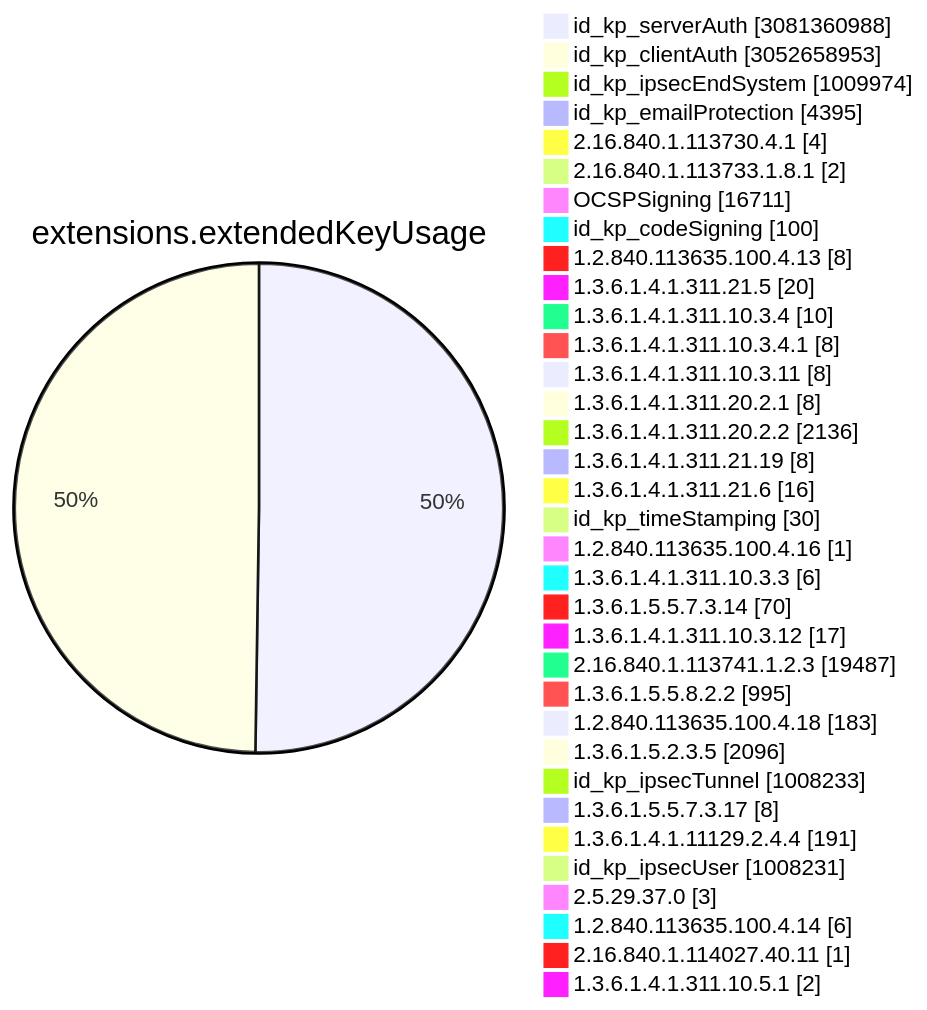
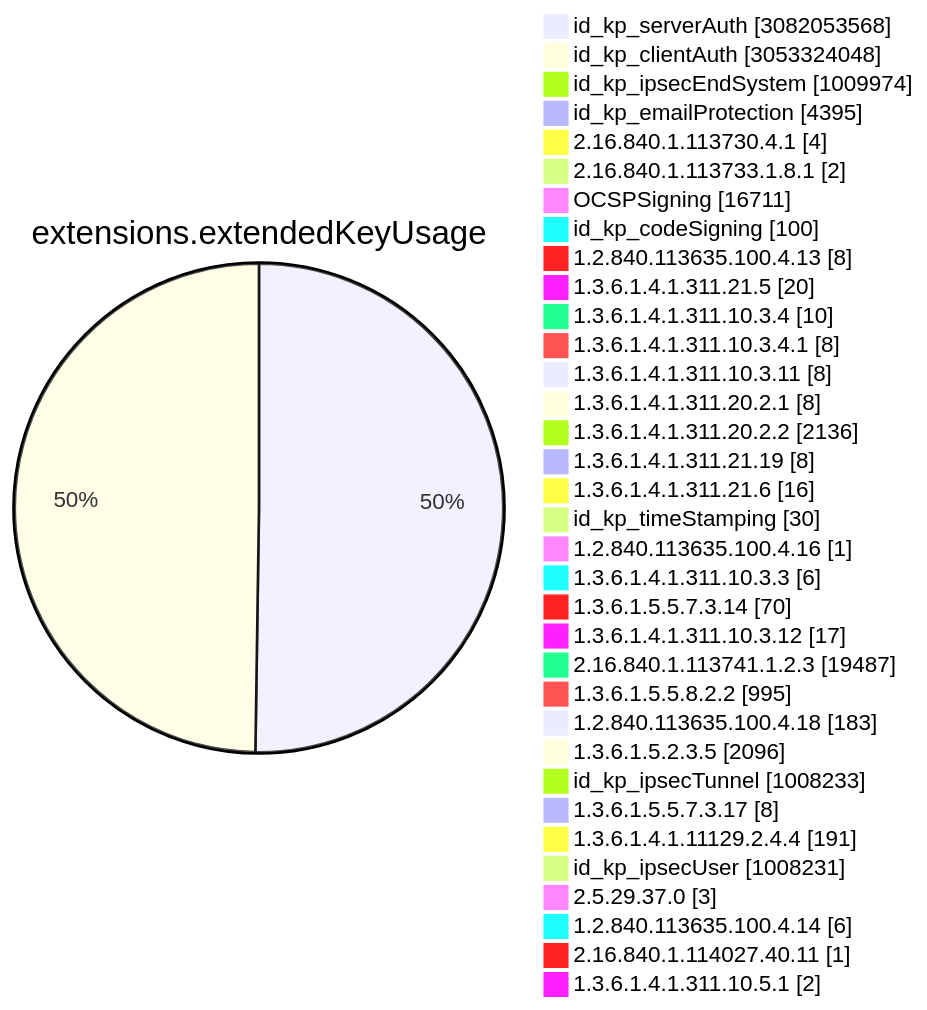
Before and after one commit to christiankrug/ctmonitor_visualization: diagram 11 of 15 in TOTAL/README.md, drawn with Mermaid. The commit also changed other lines of this file, not shown here.

````diff
--- a/TOTAL/README.md
+++ b/TOTAL/README.md
@@ -4119,38 +4119,38 @@
 ```mermaid
 pie showData
 title extensions.extendedKeyUsage
-"id_kp_serverAuth" :3081360988
-"id_kp_clientAuth" :3052658953
+"id_kp_serverAuth" :3082053568
+"id_kp_clientAuth" :3053324048
 "id_kp_ipsecEndSystem" :1009974
 "id_kp_emailProtection" :4395
 "2.16.840.1.113730.4.1" :4
 "2.16.840.1.113733.1.8.1" :2
 "OCSPSigning" :16711
 "id_kp_codeSigning" :100
 "1.2.840.113635.100.4.13" :8
 "1.3.6.1.4.1.311.21.5" :20
 "1.3.6.1.4.1.311.10.3.4" :10
 "1.3.6.1.4.1.311.10.3.4.1" :8
 "1.3.6.1.4.1.311.10.3.11" :8
 "1.3.6.1.4.1.311.20.2.1" :8
 "1.3.6.1.4.1.311.20.2.2" :2136
 "1.3.6.1.4.1.311.21.19" :8
 "1.3.6.1.4.1.311.21.6" :16
 "id_kp_timeStamping" :30
 "1.2.840.113635.100.4.16" :1
 "1.3.6.1.4.1.311.10.3.3" :6
 "1.3.6.1.5.5.7.3.14" :70
 "1.3.6.1.4.1.311.10.3.12" :17
 "2.16.840.1.113741.1.2.3" :19487
 "1.3.6.1.5.5.8.2.2" :995
 "1.2.840.113635.100.4.18" :183
 "1.3.6.1.5.2.3.5" :2096
 "id_kp_ipsecTunnel" :1008233
 "1.3.6.1.5.5.7.3.17" :8
 "1.3.6.1.4.1.11129.2.4.4" :191
 "id_kp_ipsecUser" :1008231
 "2.5.29.37.0" :3
 "1.2.840.113635.100.4.14" :6
 "2.16.840.1.114027.40.11" :1
 "1.3.6.1.4.1.311.10.5.1" :2
 ```
````
